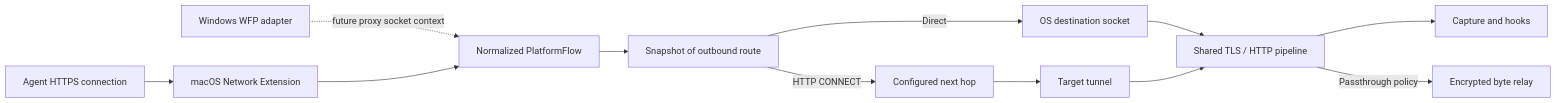
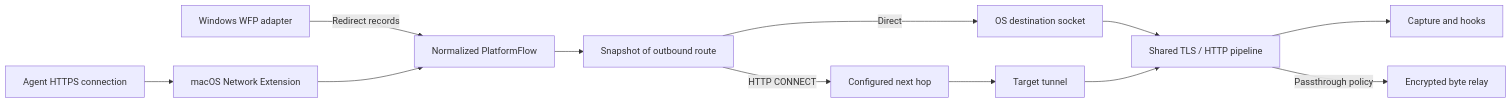
One commit to lexmount/abyss-rs changed the first of 3 diagrams in docs/transparent-upstream-routing.md. Above: the diagram before and after it, drawn with Mermaid. The commit also changed other lines of this file and 23 other files, not shown here.

First line of the commit message:
feat: support Windows WFP upstream proxy chains (#55)

````diff
--- a/docs/transparent-upstream-routing.md
+++ b/docs/transparent-upstream-routing.md
@@ -7,14 +7,14 @@
 ```mermaid
 flowchart LR
     A[Agent HTTPS connection] --> NE[macOS Network Extension]
-    W[Windows WFP adapter] -. future proxy socket context .-> F
+    W[Windows WFP adapter] -->|Redirect records| F
     NE --> F[Normalized PlatformFlow]
     F --> R[Snapshot of outbound route]
     R -->|Direct| D[OS destination socket]
     R -->|HTTP CONNECT| P[Configured next hop]
     P --> T[Target tunnel]
     D --> M[Shared TLS / HTTP pipeline]
     T --> M
     M --> C[Capture and hooks]
     M -->|Passthrough policy| B[Encrypted byte relay]
 ```
````
